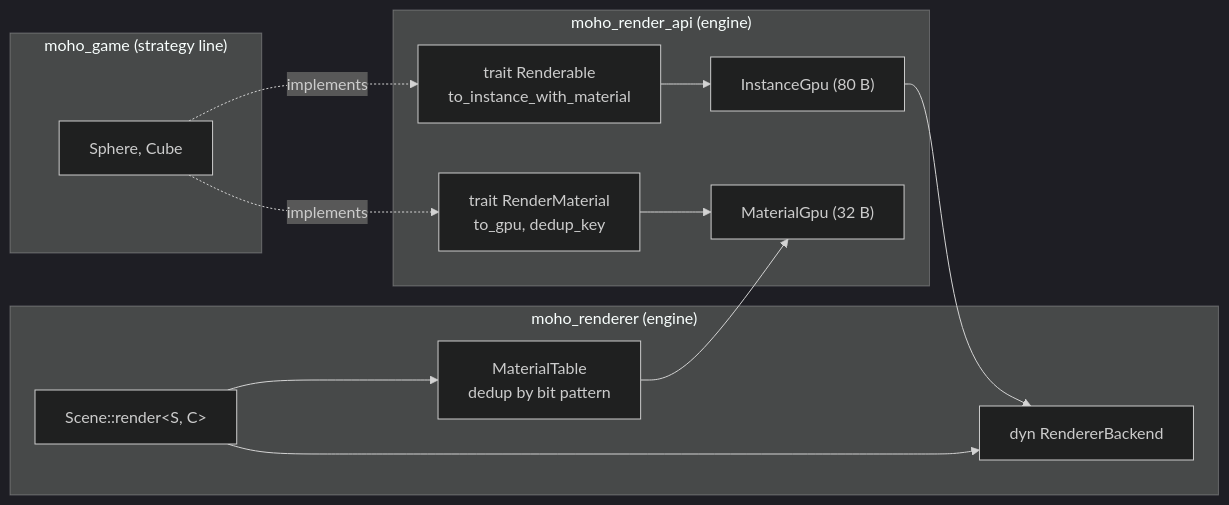
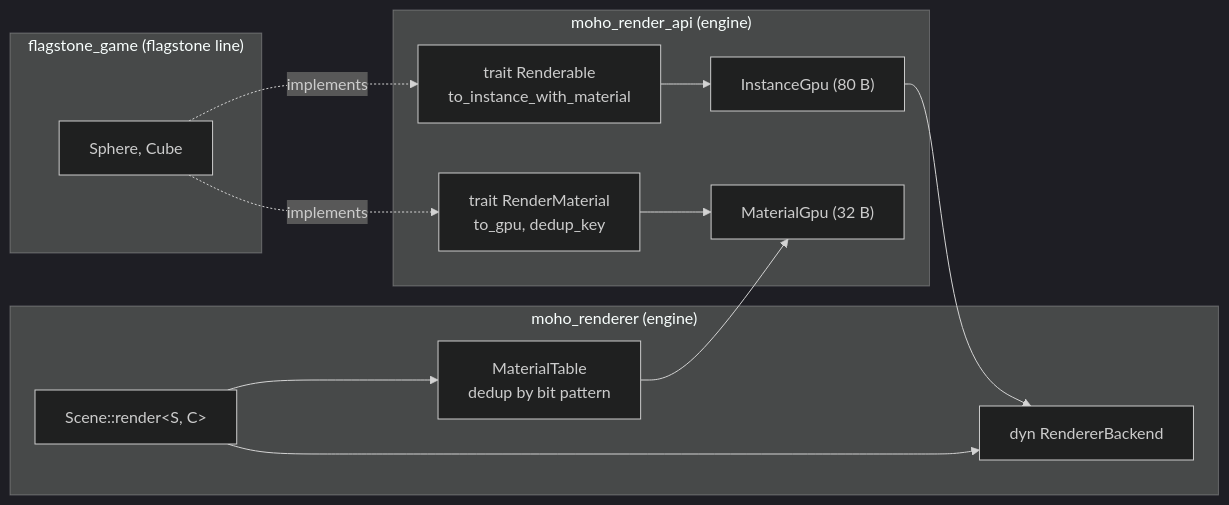
Before and after one commit to WrackedFella/moho: the first of 3 diagrams in wiki/architecture/rendering.md, drawn with Mermaid (dark theme). The commit also changed other lines of this file and 226 other files, not shown here.

First line of the commit message:
feat(flagstone): the strategy line builds and runs as flagstone (#363)

````diff
--- a/wiki/architecture/rendering.md
+++ b/wiki/architecture/rendering.md
@@ -15,23 +15,23 @@
 ```mermaid
 flowchart LR
-    subgraph game["moho_game (strategy line)"]
+    subgraph game["flagstone_game (flagstone line)"]
         sph["Sphere, Cube"]
     end
     subgraph api["moho_render_api (engine)"]
         R["trait Renderable<br/>to_instance_with_material"]
         M["trait RenderMaterial<br/>to_gpu, dedup_key"]
         IG["InstanceGpu (80 B)"]
         MG["MaterialGpu (32 B)"]
     end
     subgraph rend["moho_renderer (engine)"]
         Sc["Scene::render&lt;S, C&gt;"]
         MT["MaterialTable<br/>dedup by bit pattern"]
         BE["dyn RendererBackend"]
     end
     sph -. implements .-> R & M
     R --> IG
     M --> MG
     Sc --> MT --> MG
     Sc --> BE
     IG --> BE
 ```
````
